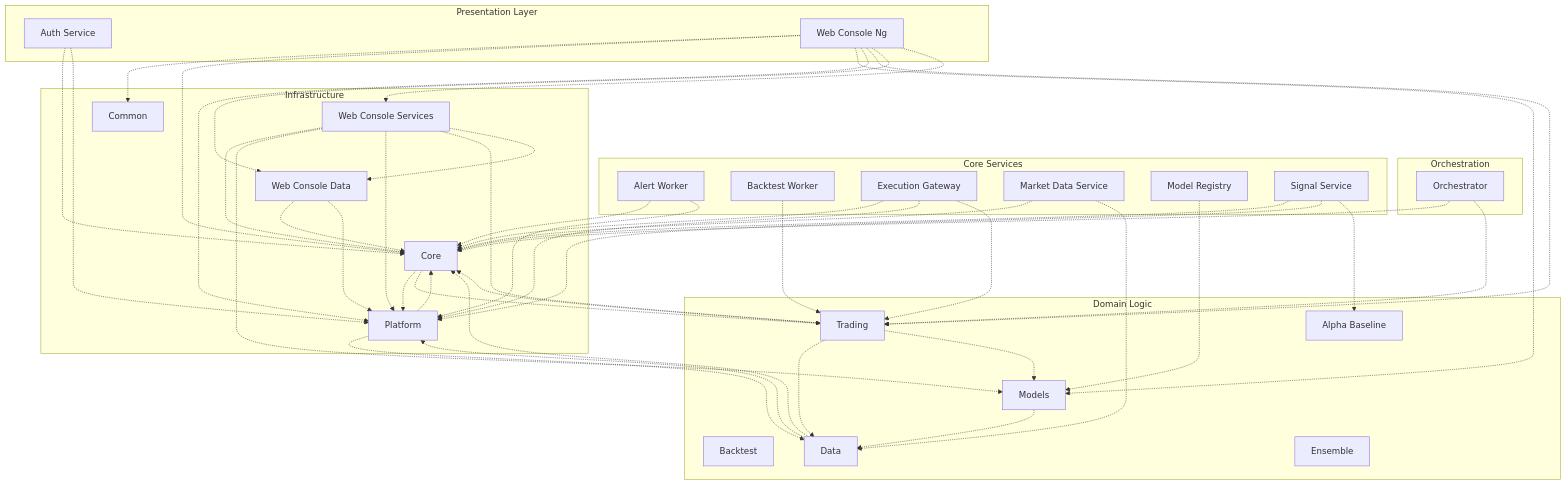
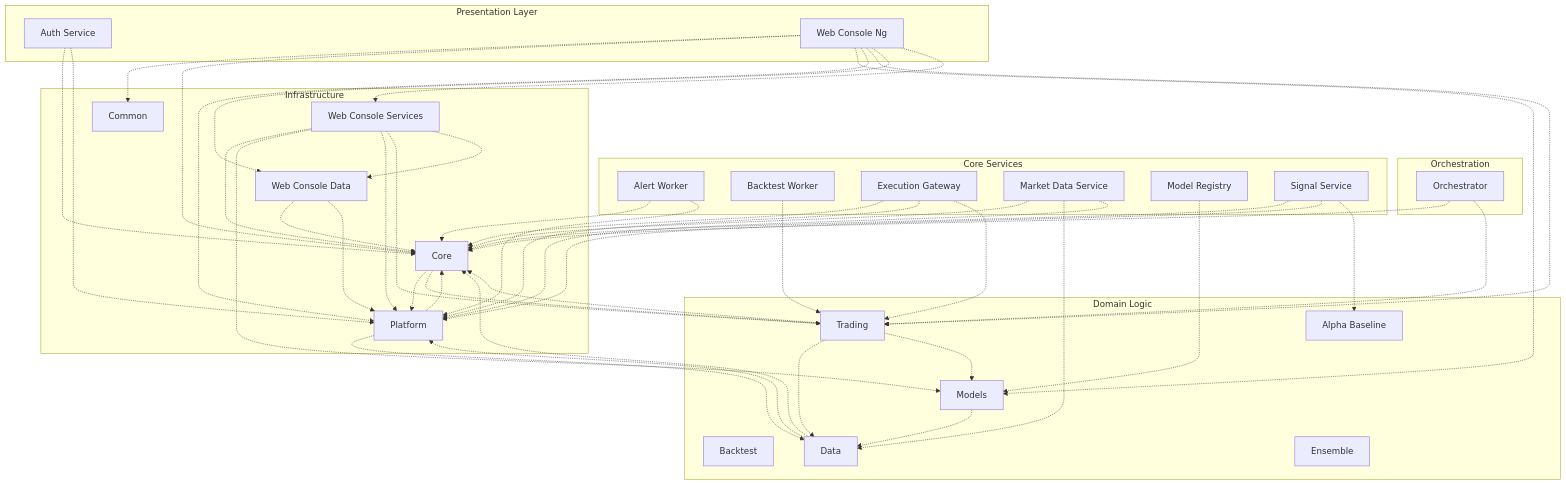
One commit to LeeeWayyy/trading_platform changed the diagram in docs/ARCHITECTURE/system_map_deps.md. Above: the diagram before and after it, drawn with Mermaid. The commit also changed 63 other files, not shown here.

```diff
--- a/docs/ARCHITECTURE/system_map_deps.md
+++ b/docs/ARCHITECTURE/system_map_deps.md
@@ -60,6 +60,7 @@
   svc_execution_gateway -.-> lib_trading
   svc_market_data_service -.-> lib_core
   svc_market_data_service -.-> lib_data
+  svc_market_data_service -.-> lib_platform
   svc_model_registry -.-> lib_models
   svc_orchestrator -.-> lib_core
   svc_orchestrator -.-> lib_trading
```
